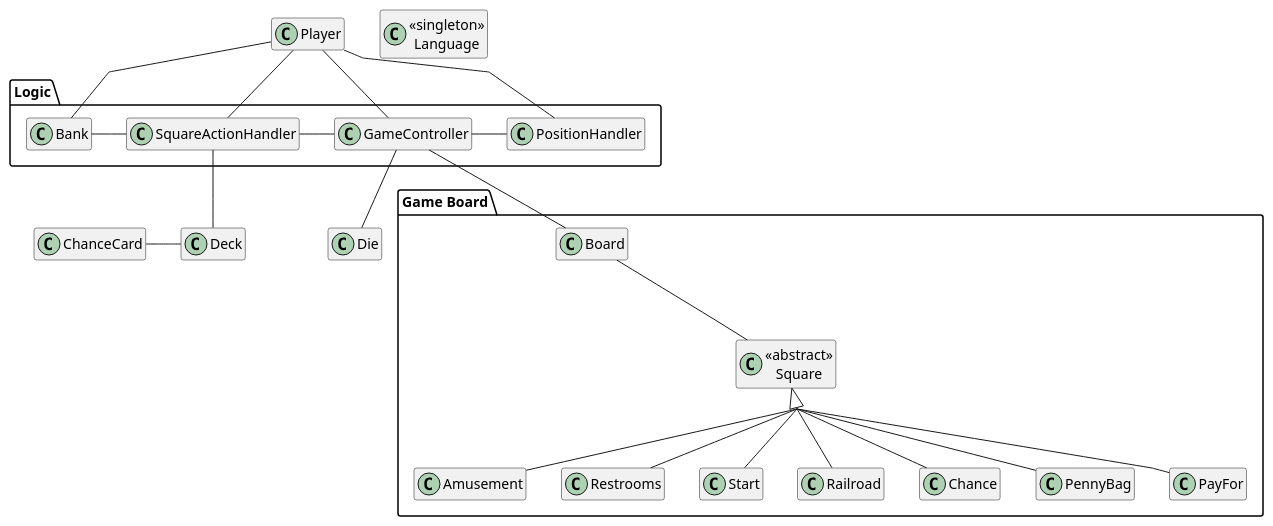
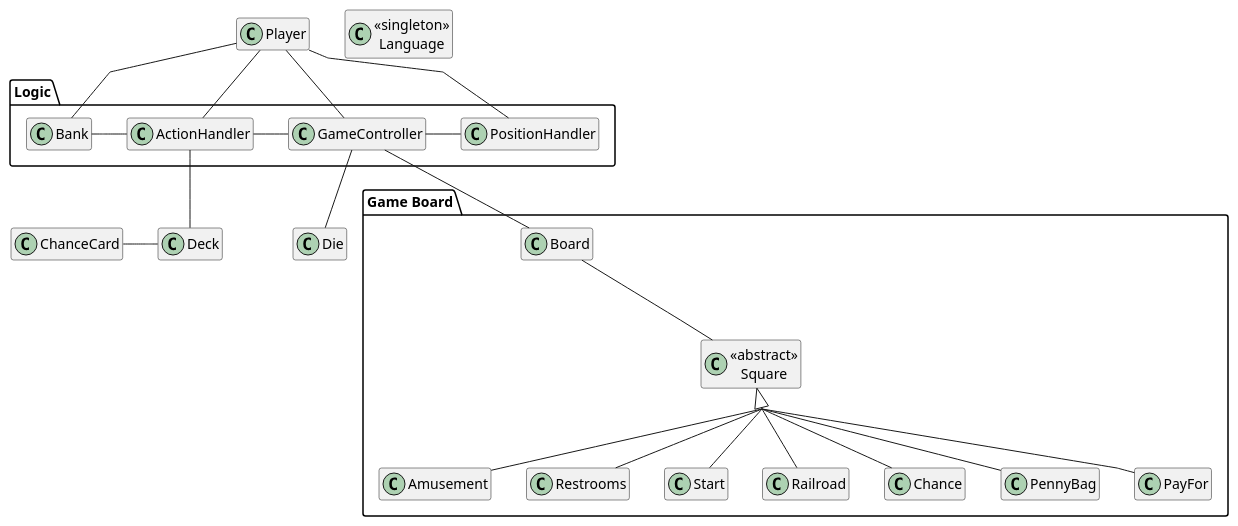
One commit to Greve2001/CDIO3 changed the diagram in diagrams/design2.puml. Above: the diagram before and after it, drawn with PlantUML. The commit also changed 2 other files, not shown here.

Commit message:
Implemented different square actions, and chancecard handling of everything except free ticketbooth card

```diff
--- a/diagrams/design2.puml
+++ b/diagrams/design2.puml
@@ -1,61 +1,61 @@
 @startuml
 
 hide empty members
 skinparam groupInheritance 2
 
 skinparam linetype polyline
 
 
 
 
 class Die
 
 package "Game Board" {
     class Board
     class "<<abstract>>\nSquare" as Square
         class Amusement
         class Restrooms
         class Start
         class Railroad
         class Chance
         class PennyBag
         class PayFor
 }
 
 package Logic {
     class Bank
     class GameController
     class PositionHandler
-    class SquareActionHandler
+    class ActionHandler
 }
 
 class Deck
 class ChanceCard
 class Player
 class "<<singleton>>\nLanguage" as Language
 
 GameController -down- Board
 GameController -- Die
 
-GameController -left- SquareActionHandler
-    SquareActionHandler -left- Bank
-    SquareActionHandler -- Deck
+GameController -left- ActionHandler
+    ActionHandler -left- Bank
+    ActionHandler -- Deck
         Deck -left ChanceCard
 GameController -right- PositionHandler
 
-Player -down- SquareActionHandler
+Player -down- ActionHandler
 Player -down- PositionHandler
 Player -down- GameController
 Player -down- Bank
 
 Board -- Square
 Square <|-- Restrooms
 Square <|-- Amusement
 Square <|-- Railroad
 Square <|-- PayFor
 Square <|-- PennyBag
 Square <|-- Start
 Square <|-- Chance
 
 
 @enduml
```
